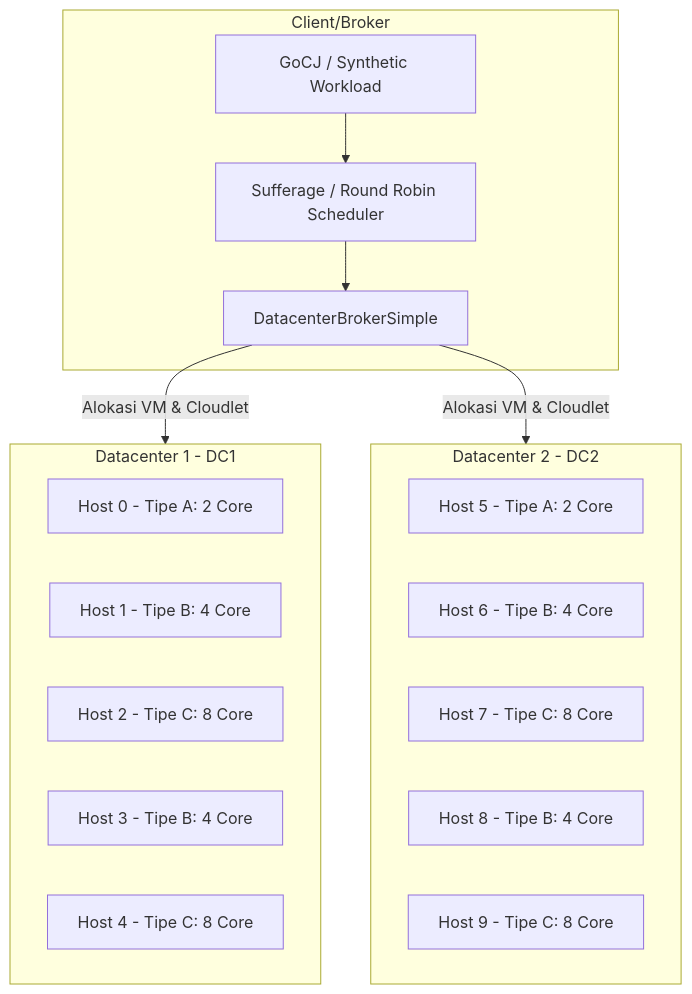
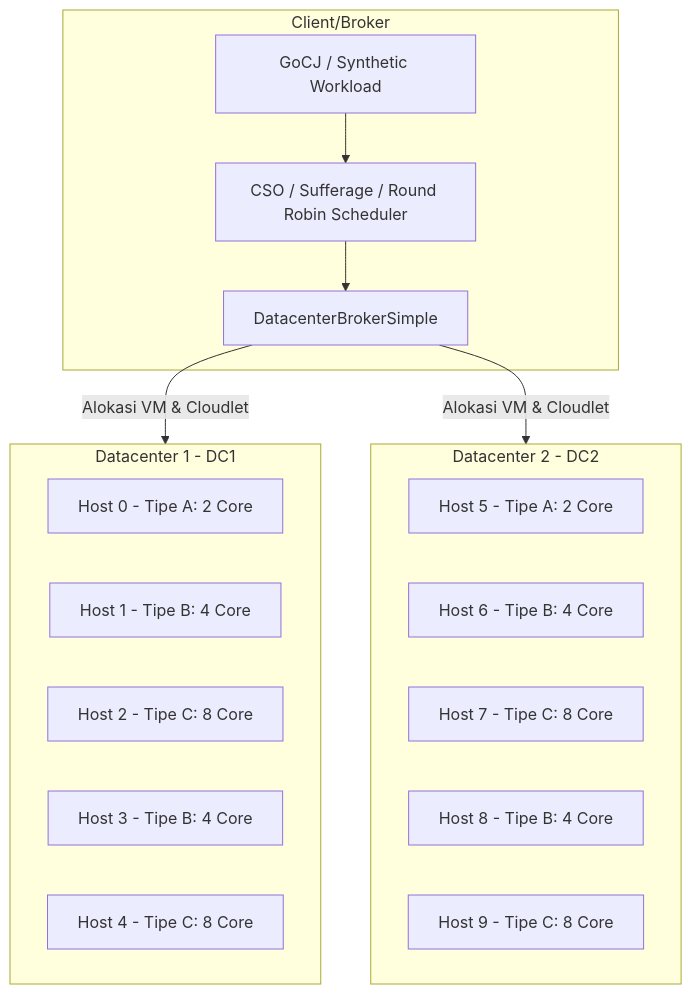
Before and after one commit to imdfauzan/SOKA-Week5: the first of 2 diagrams in README.md, drawn with Mermaid. The commit also changed other lines of this file and 39 other files, not shown here.

````diff
--- a/README.md
+++ b/README.md
@@ -76,29 +76,29 @@
 ```mermaid
 graph TD
     subgraph Client_Broker["Client/Broker"]
         Broker["DatacenterBrokerSimple"]
-        Scheduler["Sufferage / Round Robin Scheduler"]
+        Scheduler["CSO / Sufferage / Round Robin Scheduler"]
         Workload["GoCJ / Synthetic Workload"]
     end
 
     subgraph DC1["Datacenter 1 - DC1"]
         H1["Host 0 - Tipe A: 2 Core"]
         H2["Host 1 - Tipe B: 4 Core"]
         H3["Host 2 - Tipe C: 8 Core"]
         H4["Host 3 - Tipe B: 4 Core"]
         H5["Host 4 - Tipe C: 8 Core"]
     end
 
     subgraph DC2["Datacenter 2 - DC2"]
         H6["Host 5 - Tipe A: 2 Core"]
         H7["Host 6 - Tipe B: 4 Core"]
         H8["Host 7 - Tipe C: 8 Core"]
         H9["Host 8 - Tipe B: 4 Core"]
         H10["Host 9 - Tipe C: 8 Core"]
     end
 
     Workload --> Scheduler
     Scheduler --> Broker
     Broker -->|Alokasi VM & Cloudlet| DC1
     Broker -->|Alokasi VM & Cloudlet| DC2
 ```
````
